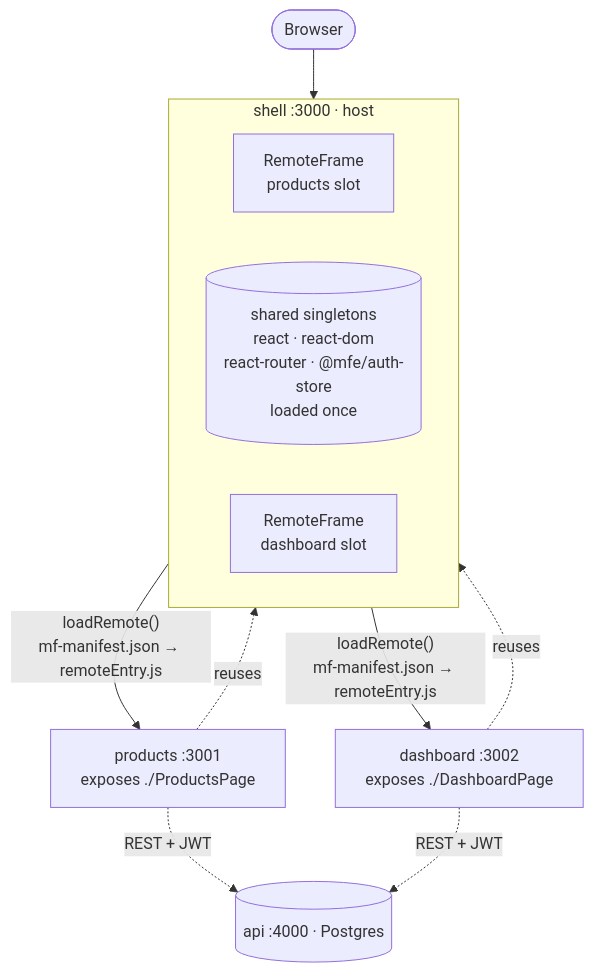
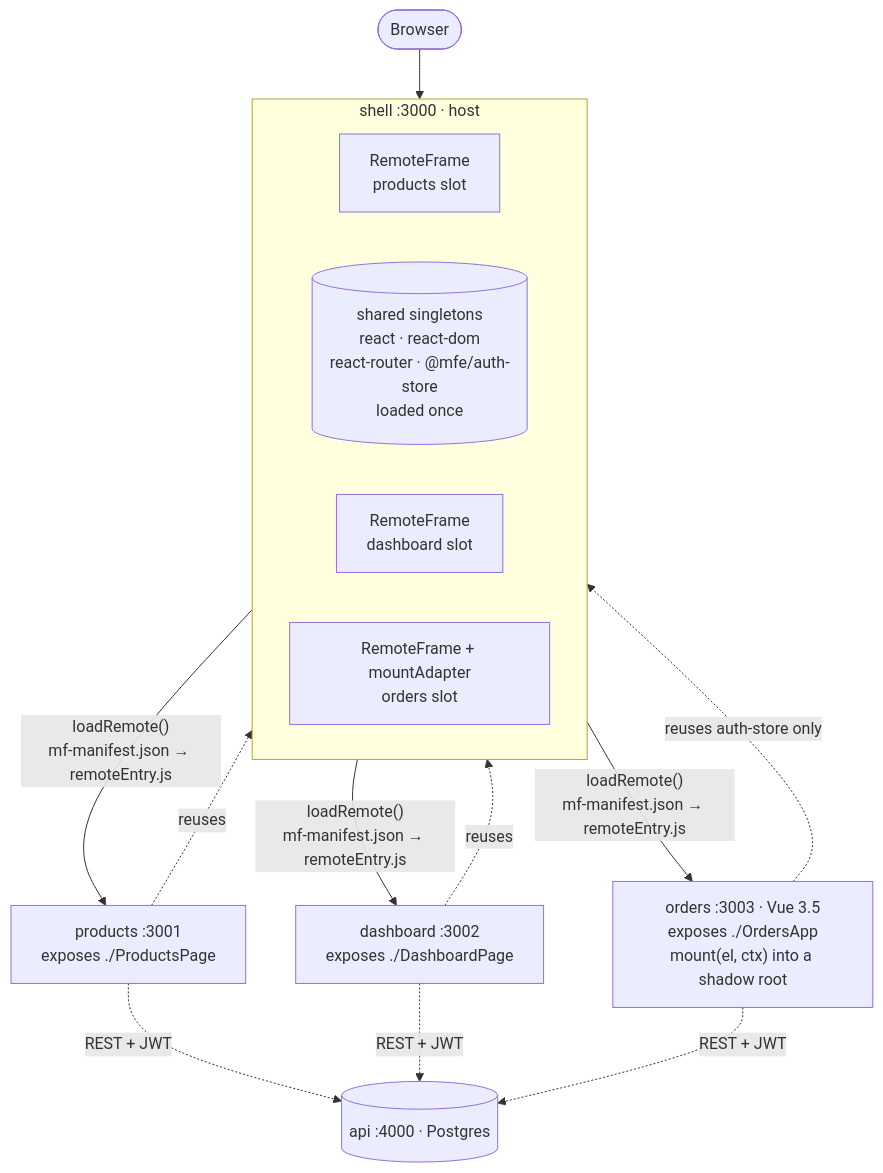
One commit to sotream/mfe-lab changed the first of 4 diagrams in docs/architecture.md. Above: the diagram before and after it, drawn with Mermaid. The commit also changed other lines of this file and 84 other files, not shown here.

First line of the commit message:
feat(orders): add a Vue remote mounted through a framework-agnostic contract (#57)

````diff
--- a/docs/architecture.md
+++ b/docs/architecture.md
@@ -5,17 +5,20 @@
 ```mermaid
 flowchart TB
   B([Browser]) --> S
 
   subgraph S["shell :3000 · host"]
     direction LR
     FP["RemoteFrame<br/>products slot"]
     SH[("shared singletons<br/>react · react-dom<br/>react-router · @mfe/auth-store<br/>loaded once")]
     FD["RemoteFrame<br/>dashboard slot"]
+    FO["RemoteFrame + mountAdapter<br/>orders slot"]
   end
 
   FP -- "loadRemote()<br/>mf-manifest.json → remoteEntry.js" --> P["products :3001<br/>exposes ./ProductsPage"]
   FD -- "loadRemote()<br/>mf-manifest.json → remoteEntry.js" --> D["dashboard :3002<br/>exposes ./DashboardPage"]
+  FO -- "loadRemote()<br/>mf-manifest.json → remoteEntry.js" --> O["orders :3003 · Vue 3.5<br/>exposes ./OrdersApp<br/>mount(el, ctx) into a shadow root"]
   P -. "reuses" .-> SH
   D -. "reuses" .-> SH
-  P & D -. "REST + JWT" .-> A[("api :4000 · Postgres")]
+  O -. "reuses auth-store only" .-> SH
+  P & D & O -. "REST + JWT" .-> A[("api :4000 · Postgres")]
 ```
````
